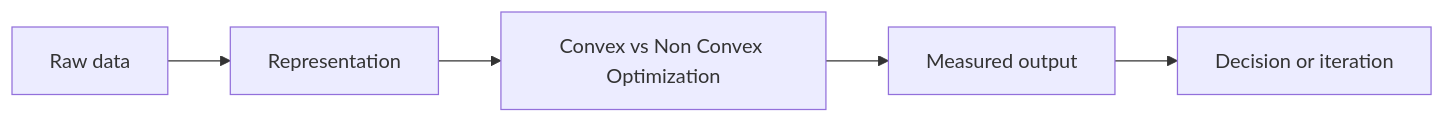
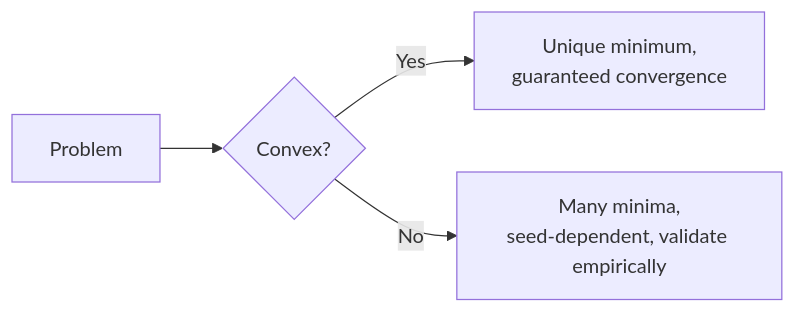
Before and after one commit to Icon1cc/Machine-Learning: the diagram in math/10-convex-vs-non-convex-optimization.md, drawn with Mermaid. The commit also changed other lines of this file and 264 other files, not shown here.

````diff
--- a/math/10-convex-vs-non-convex-optimization.md
+++ b/math/10-convex-vs-non-convex-optimization.md
@@ -92,7 +70,6 @@
 ```mermaid
 flowchart LR
-    A[Raw data] --> B[Representation]
-    B --> C[Convex vs Non Convex Optimization]
-    C --> D[Measured output]
-    D --> E[Decision or iteration]
+    P[Problem] --> C{Convex?}
+    C -- Yes --> Det[Unique minimum,<br/>guaranteed convergence]
+    C -- No --> NC[Many minima,<br/>seed-dependent, validate empirically]
 ```
````
